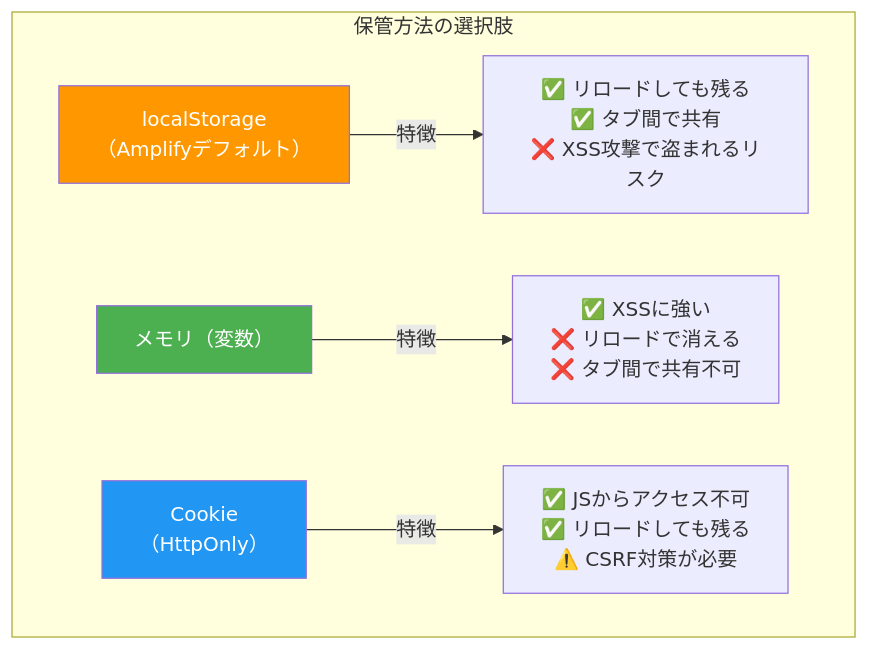
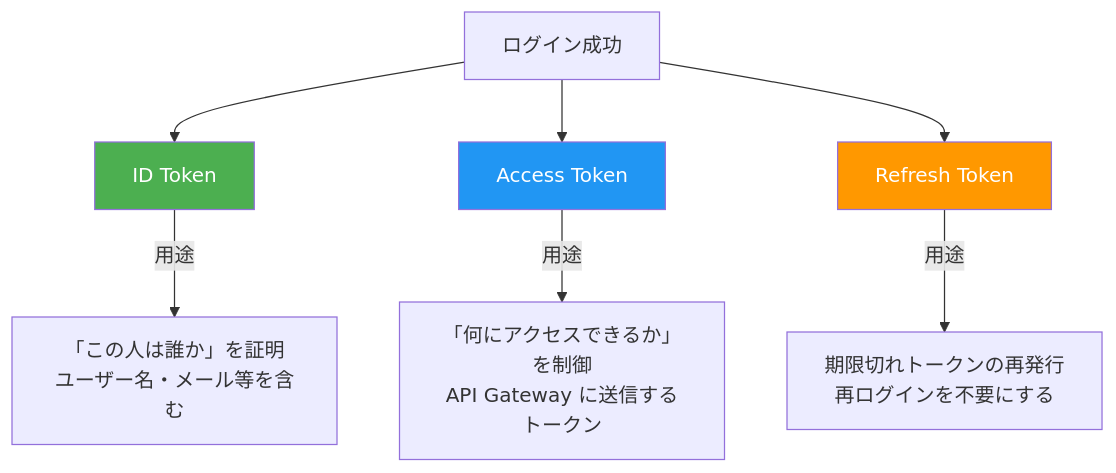
One commit to h-akira/ShogiProject2 changed the seventh of 8 diagrams in docs/support/cognito-auth-guide.md. Above: the diagram before and after it, drawn with Mermaid. The commit also changed other lines of this file and 5 other files, not shown here.

````diff
--- a/docs/support/cognito-auth-guide.md
+++ b/docs/support/cognito-auth-guide.md
@@ -171,12 +172,14 @@
 ```mermaid
 graph TD
-  subgraph 保管方法の選択肢
-    A["localStorage<br/>（Amplifyデフォルト）"] -->|特徴| A1["✅ リロードしても残る<br/>✅ タブ間で共有<br/>❌ XSS攻撃で盗まれるリスク"]
-    B["メモリ（変数）"] -->|特徴| B1["✅ XSSに強い<br/>❌ リロードで消える<br/>❌ タブ間で共有不可"]
-    C["Cookie<br/>（HttpOnly）"] -->|特徴| C1["✅ JSからアクセス不可<br/>✅ リロードしても残る<br/>⚠️ CSRF対策が必要"]
-  end
+  Login[ログイン成功] --> ID[ID Token]
+  Login --> Access[Access Token]
+  Login --> Refresh[Refresh Token]
 
-  style A fill:#FF9800,color:#fff
-  style B fill:#4CAF50,color:#fff
-  style C fill:#2196F3,color:#fff
+  ID -->|用途| ID_USE["「この人は誰か」を証明<br/>ユーザー名・メール等を含む"]
+  Access -->|用途| ACC_USE["「何にアクセスできるか」を制御<br/>API Gateway に送信するトークン"]
+  Refresh -->|用途| REF_USE["期限切れトークンの再発行<br/>再ログインを不要にする"]
+
+  style ID fill:#4CAF50,color:#fff
+  style Access fill:#2196F3,color:#fff
+  style Refresh fill:#FF9800,color:#fff
 ```
````
